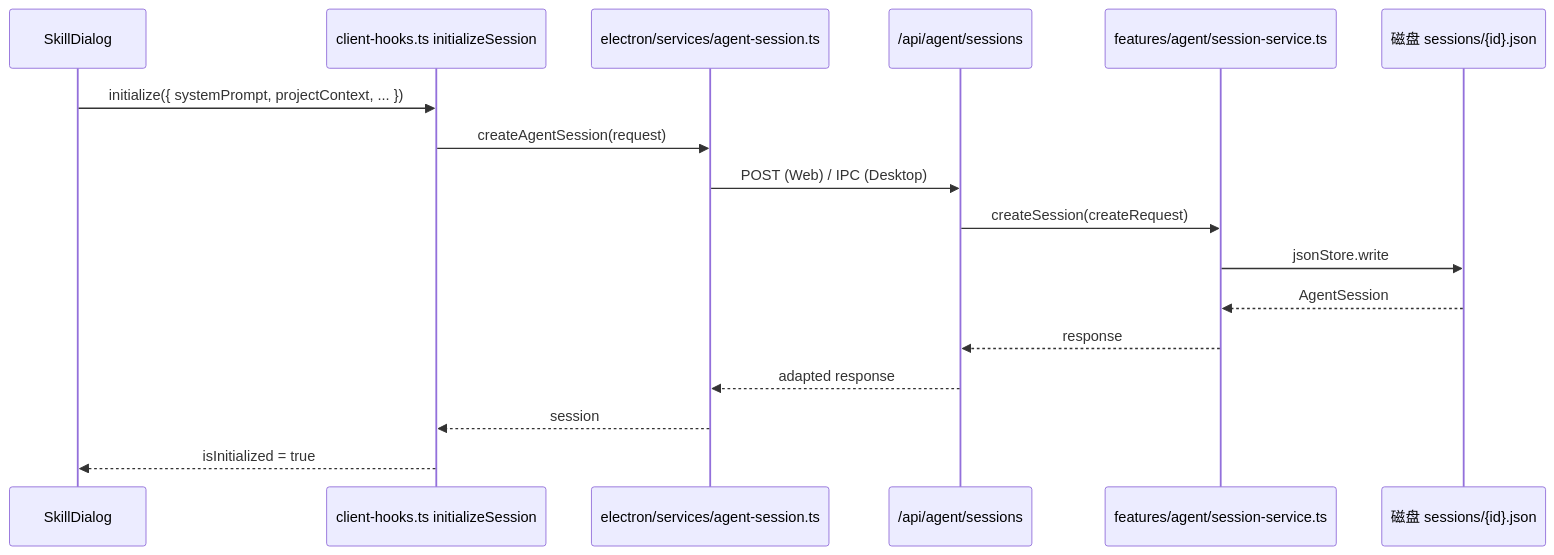
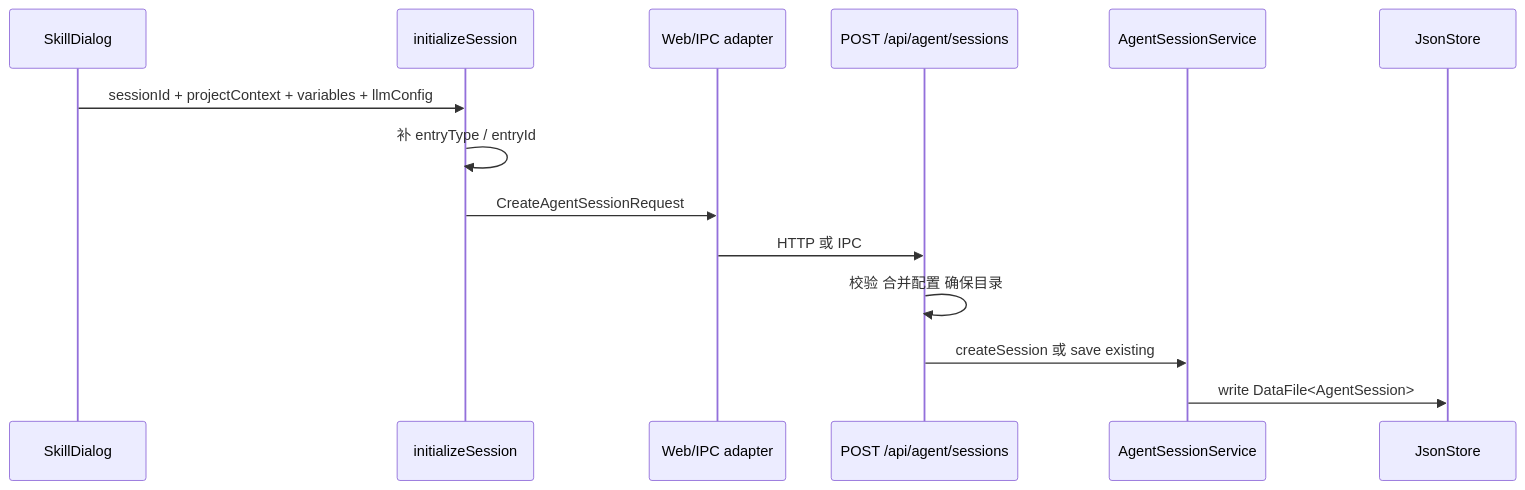
Before and after one commit to LavaCourage07/startupOS: the diagram in learning-note/full-project-course-v2/textbook/part-b-user-operation-chain/B07-session-initialization-boundary.md, drawn with Mermaid. The commit also changed other lines of this file and 560 other files, not shown here.

````diff
--- a/learning-note/full-project-course-v2/textbook/part-b-user-operation-chain/B07-session-initialization-boundary.md
+++ b/learning-note/full-project-course-v2/textbook/part-b-user-operation-chain/B07-session-initialization-boundary.md
@@ -11,20 +11,17 @@
 ```mermaid
 sequenceDiagram
-    participant UI as SkillDialog
-    participant Hook as client-hooks.ts initializeSession
-    participant Adapter as electron/services/agent-session.ts
-    participant API as /api/agent/sessions
-    participant Service as features/agent/session-service.ts
-    participant Disk as 磁盘 sessions/{id}.json
+    participant D as SkillDialog
+    participant H as initializeSession
+    participant A as Web/IPC adapter
+    participant R as POST /api/agent/sessions
+    participant S as AgentSessionService
+    participant F as JsonStore
 
-    UI->>Hook: initialize({ systemPrompt, projectContext, ... })
-    Hook->>Adapter: createAgentSession(request)
-    Adapter->>API: POST (Web) / IPC (Desktop)
-    API->>Service: createSession(createRequest)
-    Service->>Disk: jsonStore.write
-    Disk-->>Service: AgentSession
-    Service-->>API: response
-    API-->>Adapter: adapted response
-    Adapter-->>Hook: session
-    Hook-->>UI: isInitialized = true
+    D->>H: sessionId + projectContext + variables + llmConfig
+    H->>H: 补 entryType / entryId
+    H->>A: CreateAgentSessionRequest
+    A->>R: HTTP 或 IPC
+    R->>R: 校验 合并配置 确保目录
+    R->>S: createSession 或 save existing
+    S->>F: write DataFile<AgentSession>
 ```
````
